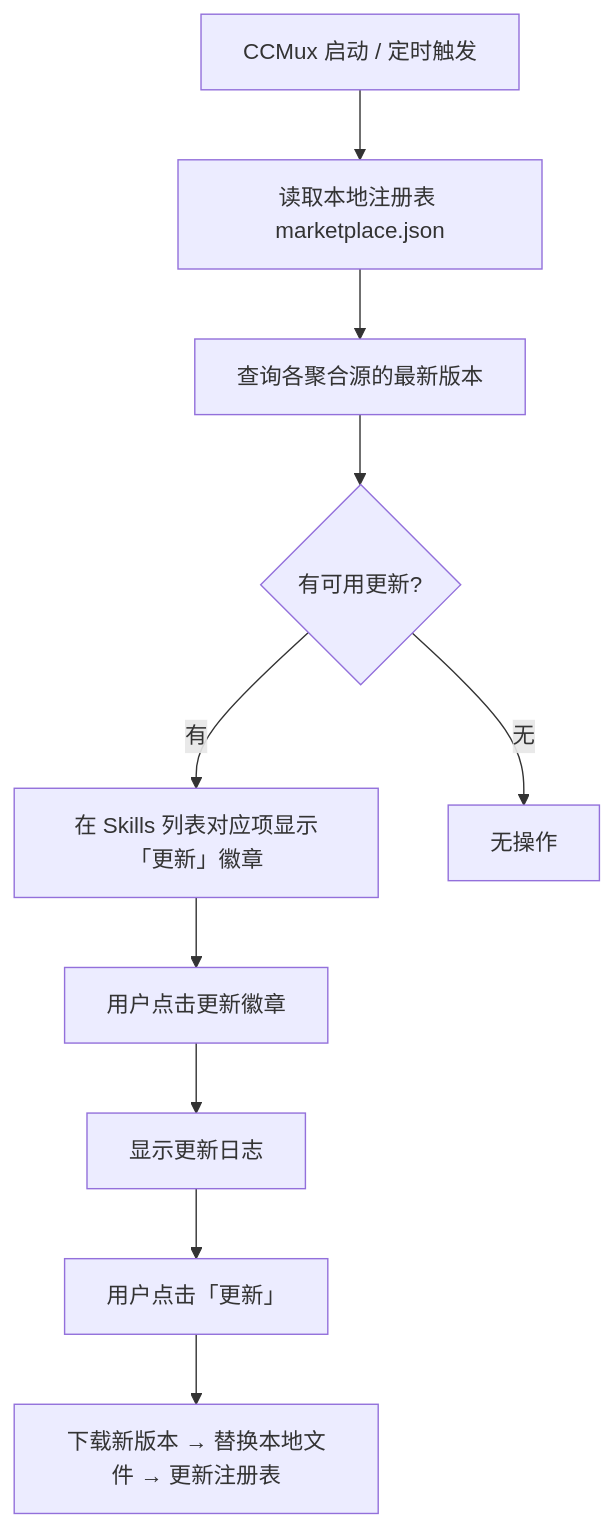
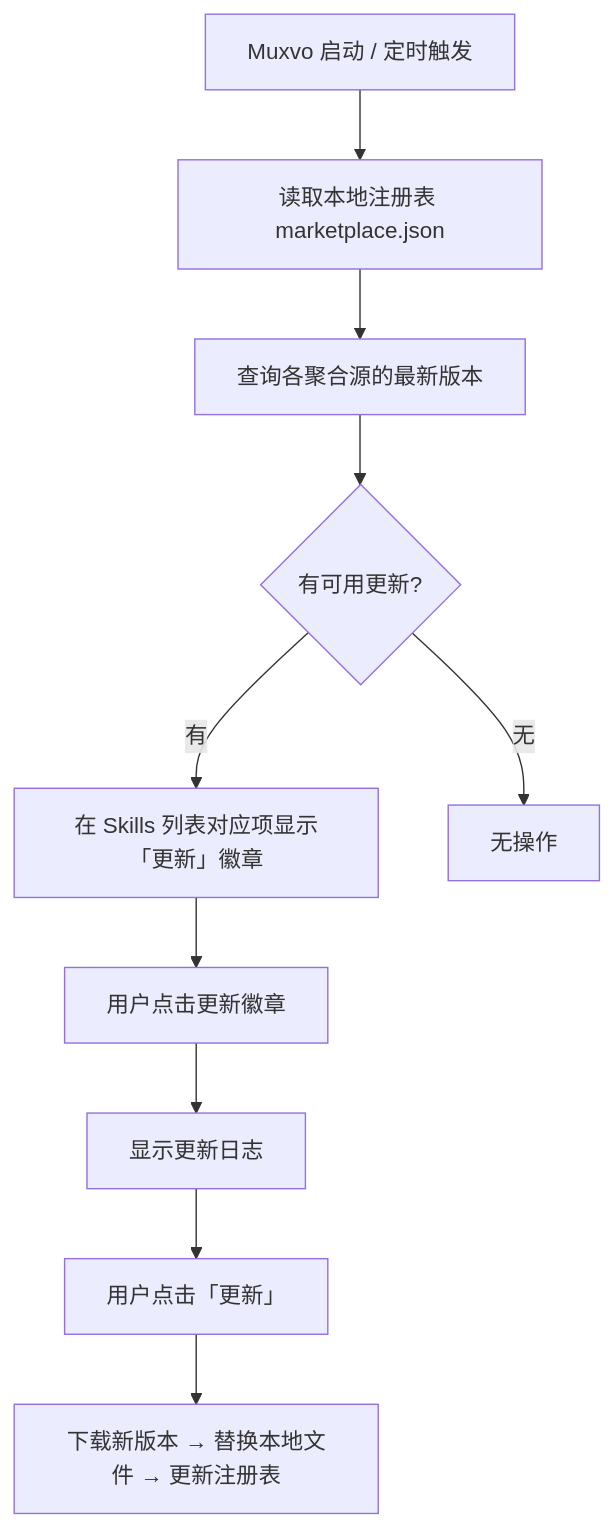
The seventh of 26 diagrams in PRD.md (muxvo/muxvo), drawn with Mermaid before and after one commit. The commit also changed other lines of this file and 1 other file, not shown here.

````diff
--- a/PRD.md
+++ b/PRD.md
@@ -398,12 +429,12 @@
 ```mermaid
 flowchart TD
-    A[CCMux 启动 / 定时触发] --> B[读取本地注册表 marketplace.json]
+    A[Muxvo 启动 / 定时触发] --> B[读取本地注册表 marketplace.json]
     B --> C[查询各聚合源的最新版本]
     C --> D{有可用更新?}
     D -->|有| E[在 Skills 列表对应项显示「更新」徽章]
     E --> F[用户点击更新徽章]
     F --> G[显示更新日志]
     G --> H[用户点击「更新」]
     H --> I[下载新版本 → 替换本地文件 → 更新注册表]
     D -->|无| J[无操作]
 ```
````
